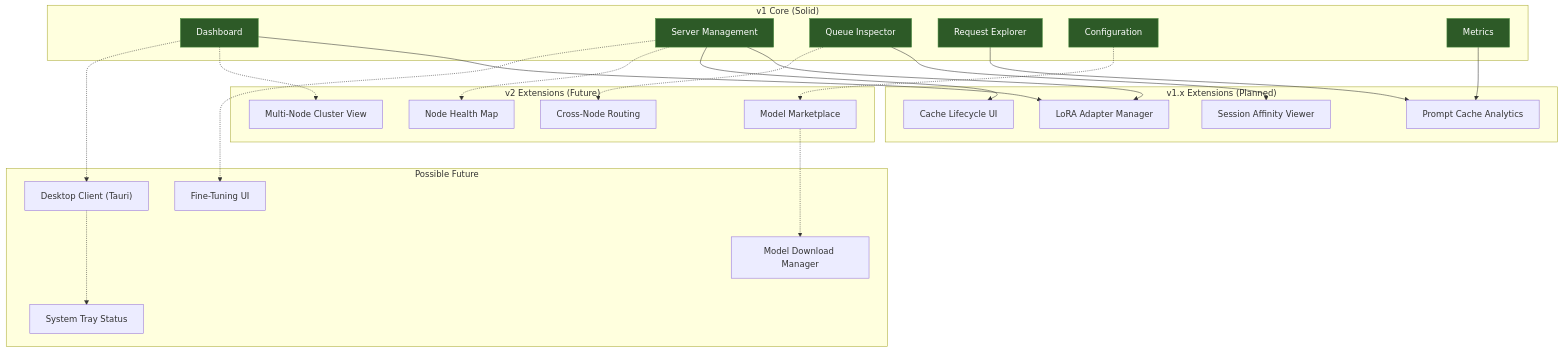
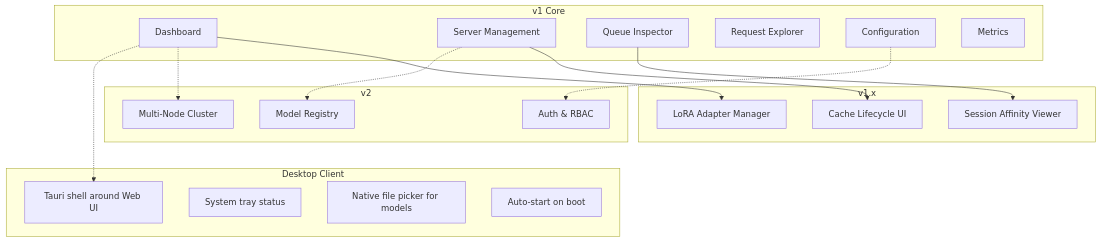
One commit to Doom325/llama-forge changed diagram 15 of 16 in docs/USER_JOURNEYS.md. Above: the diagram before and after it, drawn with Mermaid. The commit also changed other lines of this file, not shown here.

````diff
--- a/docs/USER_JOURNEYS.md
+++ b/docs/USER_JOURNEYS.md
@@ -1243,56 +1374,40 @@
 ```mermaid
 flowchart TD
-    subgraph "v1 Core (Solid)"
+    subgraph "v1 Core"
         A["Dashboard"]
         B["Server Management"]
         C["Queue Inspector"]
         D["Request Explorer"]
         E["Configuration"]
         F["Metrics"]
     end
 
-    subgraph "v1.x Extensions (Planned)"
+    subgraph "v1.x"
         G["LoRA Adapter Manager"]
         H["Cache Lifecycle UI"]
         I["Session Affinity Viewer"]
-        J["Prompt Cache Analytics"]
     end
 
-    subgraph "v2 Extensions (Future)"
-        K["Multi-Node Cluster View"]
-        L["Node Health Map"]
-        M["Cross-Node Routing"]
-        N["Model Marketplace"]
+    subgraph "v2"
+        K["Multi-Node Cluster"]
+        L["Model Registry"]
+        M["Auth & RBAC"]
     end
 
-    subgraph "Possible Future"
-        O["Desktop Client (Tauri)"]
-        P["System Tray Status"]
-        Q["Model Download Manager"]
-        R["Fine-Tuning UI"]
+    subgraph "Desktop Client"
+        O["Tauri shell around Web UI"]
+        P["System tray status"]
+        Q["Native file picker for models"]
+        R["Auto-start on boot"]
     end
 
     A --> G
-    B --> G
     B --> H
     C --> I
-    D --> J
-    F --> J
 
     A -.-> K
     B -.-> L
-    C -.-> M
-    E -.-> N
+    E -.-> M
 
     A -..-> O
-    O -..-> P
-    N -..-> Q
-    B -..-> R
-
-    style A fill:#2d5a27,stroke:#4a8c3f,color:#fff
-    style B fill:#2d5a27,stroke:#4a8c3f,color:#fff
-    style C fill:#2d5a27,stroke:#4a8c3f,color:#fff
-    style D fill:#2d5a27,stroke:#4a8c3f,color:#fff
-    style E fill:#2d5a27,stroke:#4a8c3f,color:#fff
-    style F fill:#2d5a27,stroke:#4a8c3f,color:#fff
 ```
````
